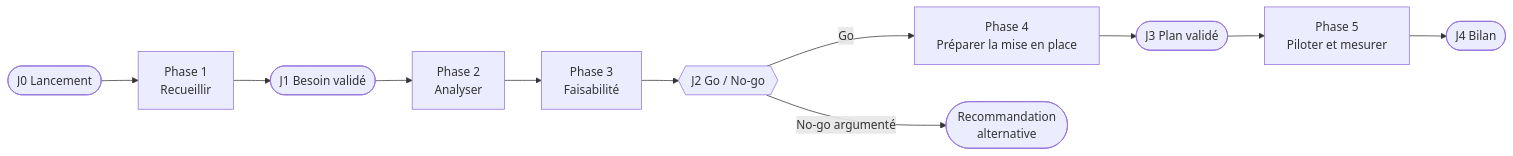
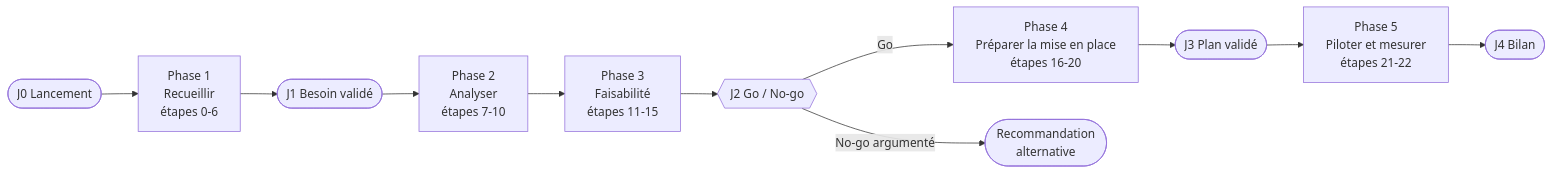
Before and after one commit to ggaillard/BTS2-Besoins-CPMS: the diagram in METHODE.md, drawn with Mermaid. The commit also changed other lines of this file and 66 other files, not shown here.

````diff
--- a/METHODE.md
+++ b/METHODE.md
@@ -22,13 +36,13 @@
 ```mermaid
 flowchart LR
-    J0([J0 Lancement]) --> P1[Phase 1<br/>Recueillir]
+    J0([J0 Lancement]) --> P1[Phase 1<br/>Recueillir<br/>étapes 0-6]
     P1 --> J1([J1 Besoin validé])
-    J1 --> P2[Phase 2<br/>Analyser]
-    P2 --> P3[Phase 3<br/>Faisabilité]
+    J1 --> P2[Phase 2<br/>Analyser<br/>étapes 7-10]
+    P2 --> P3[Phase 3<br/>Faisabilité<br/>étapes 11-15]
     P3 --> J2{{J2 Go / No-go}}
-    J2 -- Go --> P4[Phase 4<br/>Préparer la mise en place]
-    J2 -- No-go argumenté --> FIN([Recommandation<br/>alternative])
+    J2 -- Go --> P4[Phase 4<br/>Préparer la mise en place<br/>étapes 16-20]
+    J2 -- No-go argumenté --> ALT([Recommandation<br/>alternative])
     P4 --> J3([J3 Plan validé])
-    J3 --> P5[Phase 5<br/>Piloter et mesurer]
+    J3 --> P5[Phase 5<br/>Piloter et mesurer<br/>étapes 21-22]
     P5 --> J4([J4 Bilan])
 ```
````
